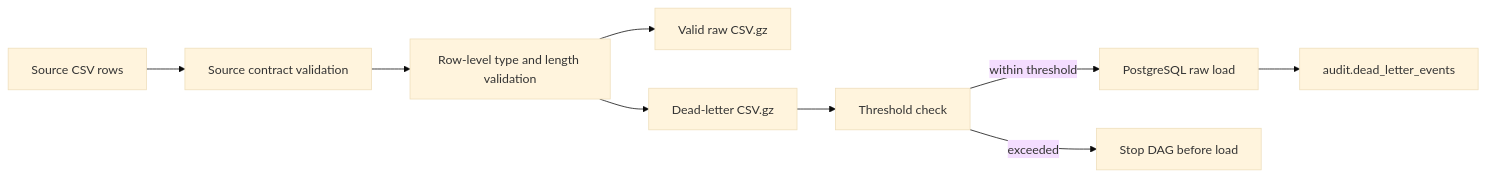
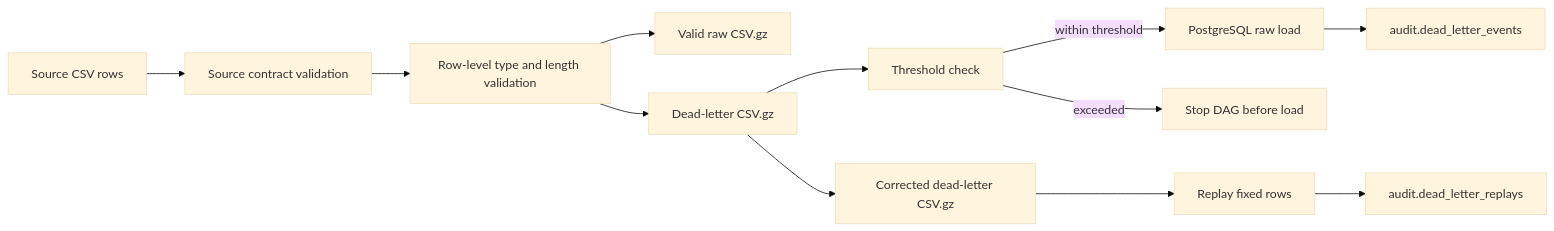
One commit to eugenekarpov/olist-analytics-engineering-pipeline changed the second of 5 diagrams in docs/diagrams.md. Above: the diagram before and after it, drawn with Mermaid (base theme). The commit also changed 11 other files, not shown here.

Commit message:
Add dead-letter replay workflow

````diff
--- a/docs/diagrams.md
+++ b/docs/diagrams.md
@@ -49,21 +49,27 @@
 ```mermaid
 flowchart LR
     archive["Source CSV rows"]
     contract["Source contract validation"]
     rowcheck["Row-level type and length validation"]
     valid["Valid raw CSV.gz"]
     rejected["Dead-letter CSV.gz"]
+    corrected["Corrected dead-letter CSV.gz"]
     threshold["Threshold check"]
     load["PostgreSQL raw load"]
+    replay["Replay fixed rows"]
     stop["Stop DAG before load"]
     audit["audit.dead_letter_events"]
+    replayaudit["audit.dead_letter_replays"]
 
     archive --> contract
     contract --> rowcheck
     rowcheck --> valid
     rowcheck --> rejected
     rejected --> threshold
     threshold -->|within threshold| load
     threshold -->|exceeded| stop
     load --> audit
+    rejected --> corrected
+    corrected --> replay
+    replay --> replayaudit
 ```
````
